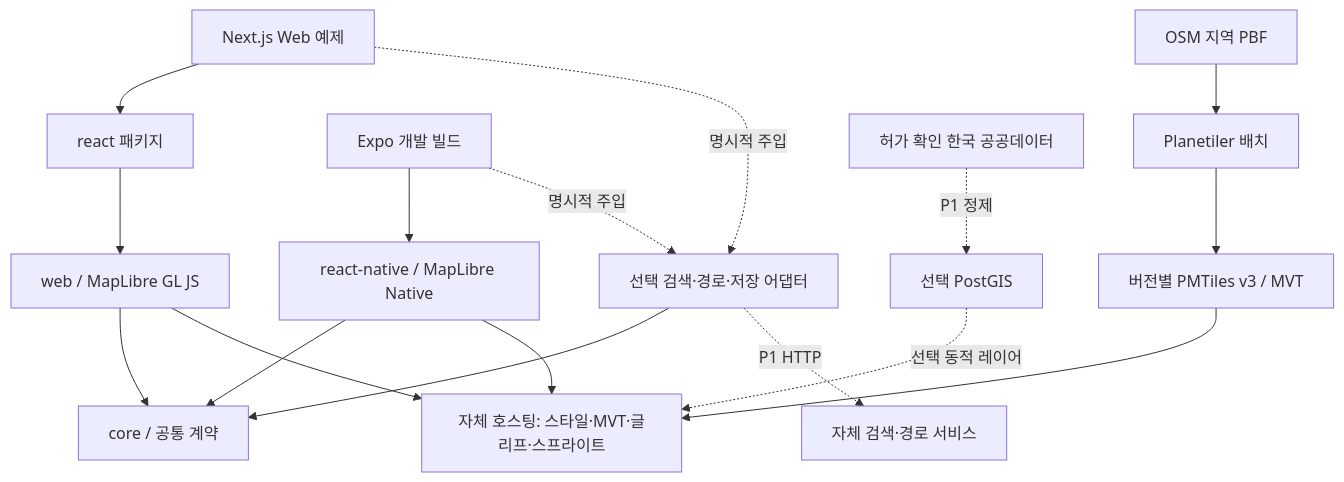
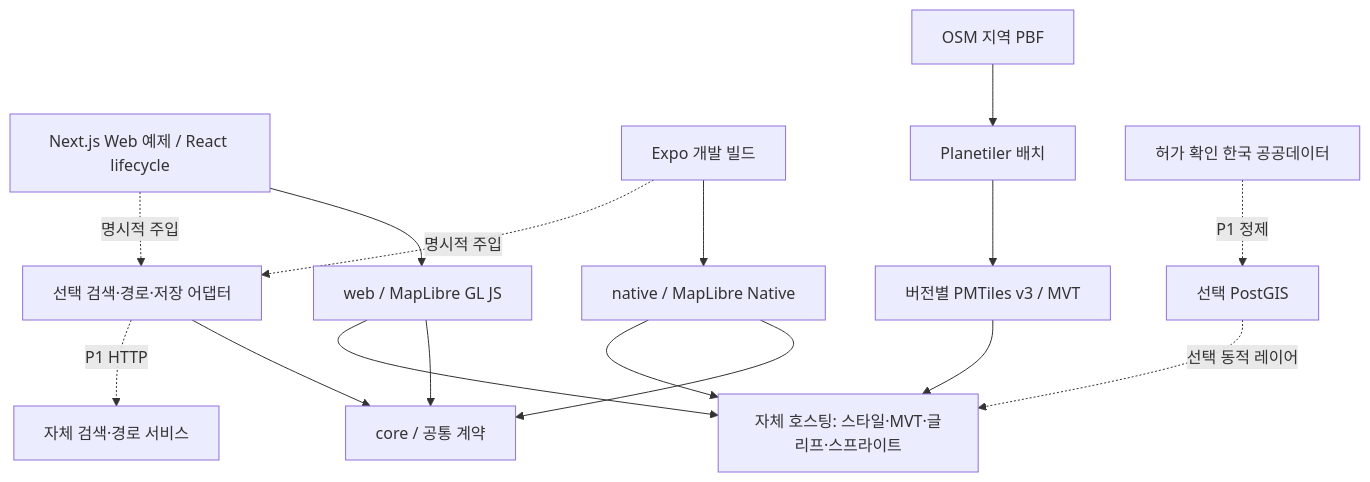
One commit to kasa500000-png/KoreaMap changed the diagram in docs/architecture.md. Above: the diagram before and after it, drawn with Mermaid. The commit also changed other lines of this file and 97 other files, not shown here.

````diff
--- a/docs/architecture.md
+++ b/docs/architecture.md
@@ -43,19 +43,18 @@
 ```mermaid
 flowchart TB
-  W[Next.js Web 예제] --> RW[react 패키지]
-  RW --> WEB[web / MapLibre GL JS]
-  M[Expo 개발 빌드] --> NAT[react-native / MapLibre Native]
+  W[Next.js Web 예제 / React lifecycle] --> WEB[web / MapLibre GL JS]
+  M[Expo 개발 빌드] --> NAT[native / MapLibre Native]
   WEB --> CORE[core / 공통 계약]
   NAT --> CORE
   AD[선택 검색·경로·저장 어댑터] --> CORE
   W -. 명시적 주입 .-> AD
   M -. 명시적 주입 .-> AD
   WEB --> HOST[자체 호스팅: 스타일·MVT·글리프·스프라이트]
   NAT --> HOST
   OSM[OSM 지역 PBF] --> BUILD[Planetiler 배치]
   BUILD --> ARCHIVE[버전별 PMTiles v3 / MVT]
   ARCHIVE --> HOST
   AD -. P1 HTTP .-> SERVICE[자체 검색·경로 서비스]
   PUBLIC[허가 확인 한국 공공데이터] -. P1 정제 .-> PG[선택 PostGIS]
   PG -. 선택 동적 레이어 .-> HOST
 ```
````
